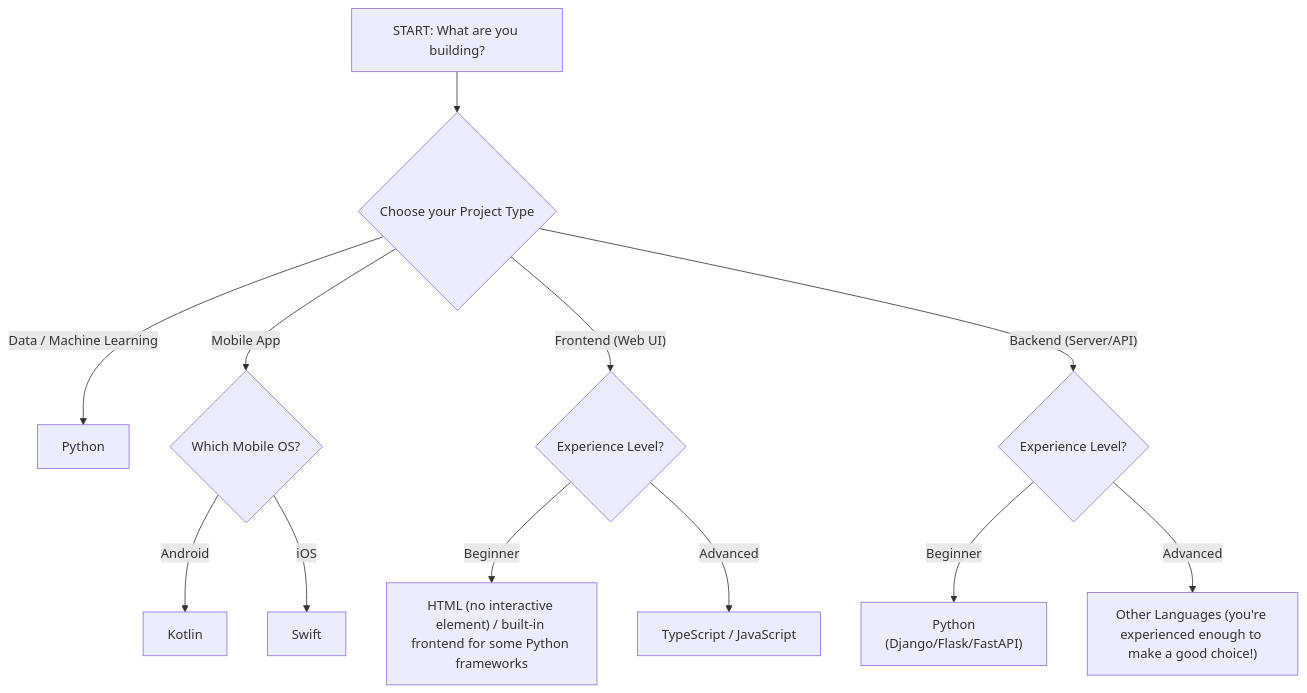
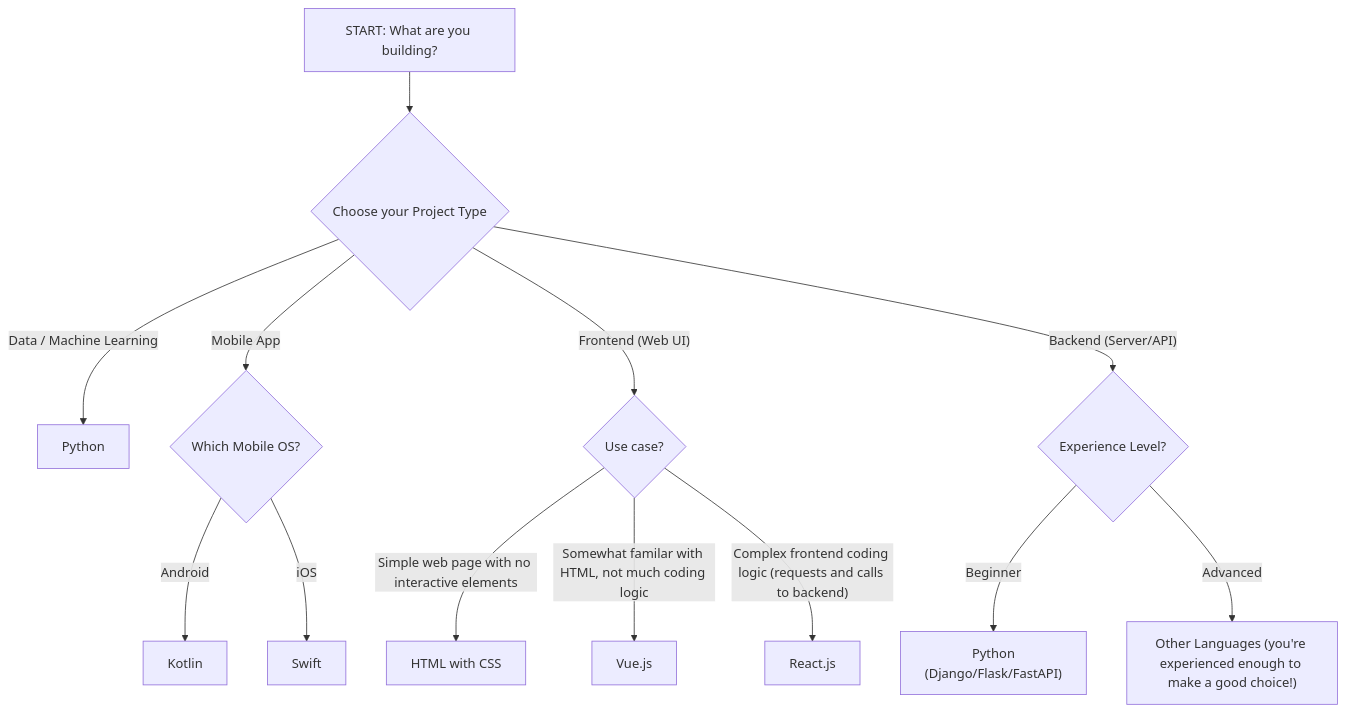
One commit to icdocsoc/ichack-hackpacks changed the diagram in getting-started/README.md. Above: the diagram before and after it, drawn with Mermaid. The commit also changed other lines of this file, not shown here.

Commit message:
Updated frontend flowchart

````diff
--- a/getting-started/README.md
+++ b/getting-started/README.md
@@ -45,22 +48,23 @@
 ```mermaid
 graph TD
     Start["START: What are you building?"] --> Decision{"Choose your Project Type"}
 
     %% Branch 1: Data/ML
     Decision -- "Data / Machine Learning" --> DataEnd["Python"]
 
     %% Branch 2: Mobile
     Decision -- "Mobile App" --> MobileOS{"Which Mobile OS?"}
     MobileOS -- Android --> KotlinEnd["Kotlin"]
     MobileOS -- iOS --> SwiftEnd["Swift"]
 
     %% Branch 3: Frontend
-    Decision -- "Frontend (Web UI)" --> FeExp{"Experience Level?"}
-    FeExp -- "Beginner" --> FePyEnd["HTML (no interactive element) / built-in frontend for some Python frameworks"]
-    FeExp -- "Advanced" --> FeJsEnd["TypeScript / JavaScript"]
+    Decision -- "Frontend (Web UI)" --> FeUse{"Use case?"}
+    FeUse -- "Simple web page with no interactive elements" --> FeSimpleEnd["HTML with CSS"]
+    FeUse -- "Somewhat familar with HTML, not much coding logic" --> FeVueEnd["Vue.js"]
+    FeUse -- "Complex frontend coding logic (requests and calls to backend)" --> FeReactEnd["React.js"]
 
     %% Branch 4: Backend
     Decision -- "Backend (Server/API)" --> BeExp{"Experience Level?"}
     BeExp -- "Beginner" --> BePyEnd["Python<br/>(Django/Flask/FastAPI)"]
     BeExp -- "Advanced" --> BeOtherEnd["Other Languages (you're experienced enough to make a good choice!)"]
 ```
````
